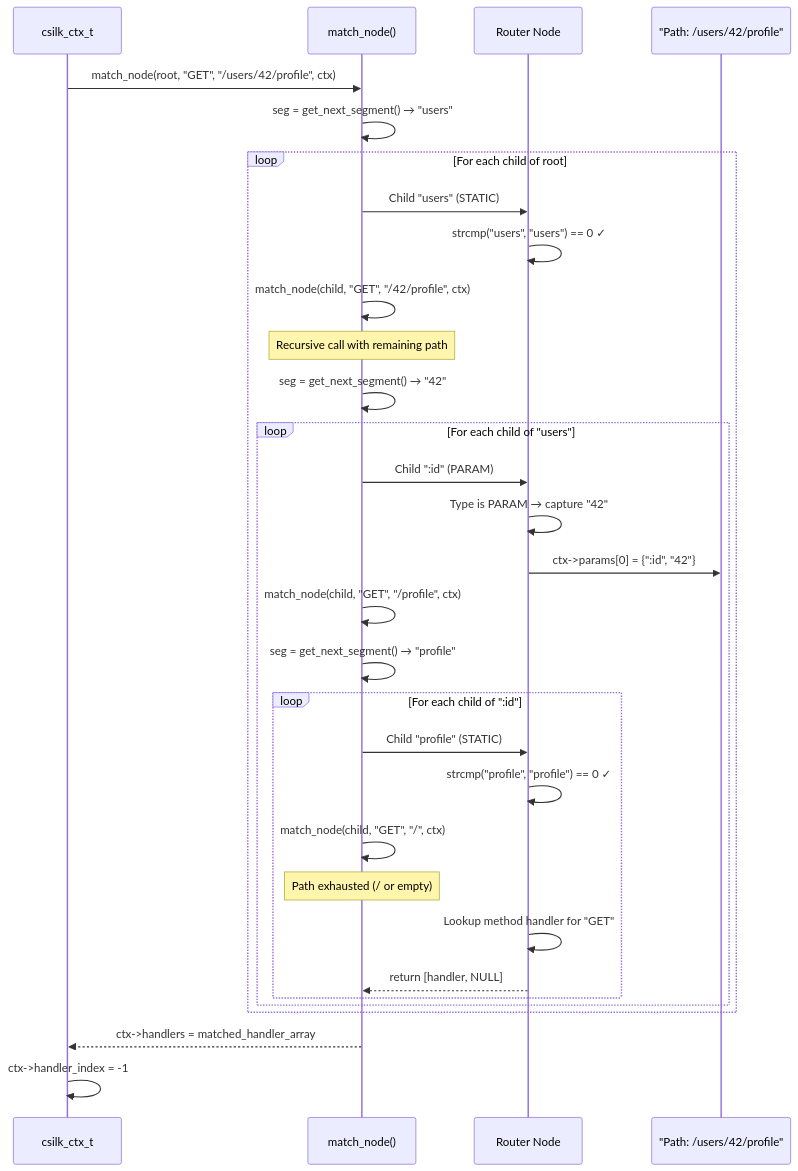
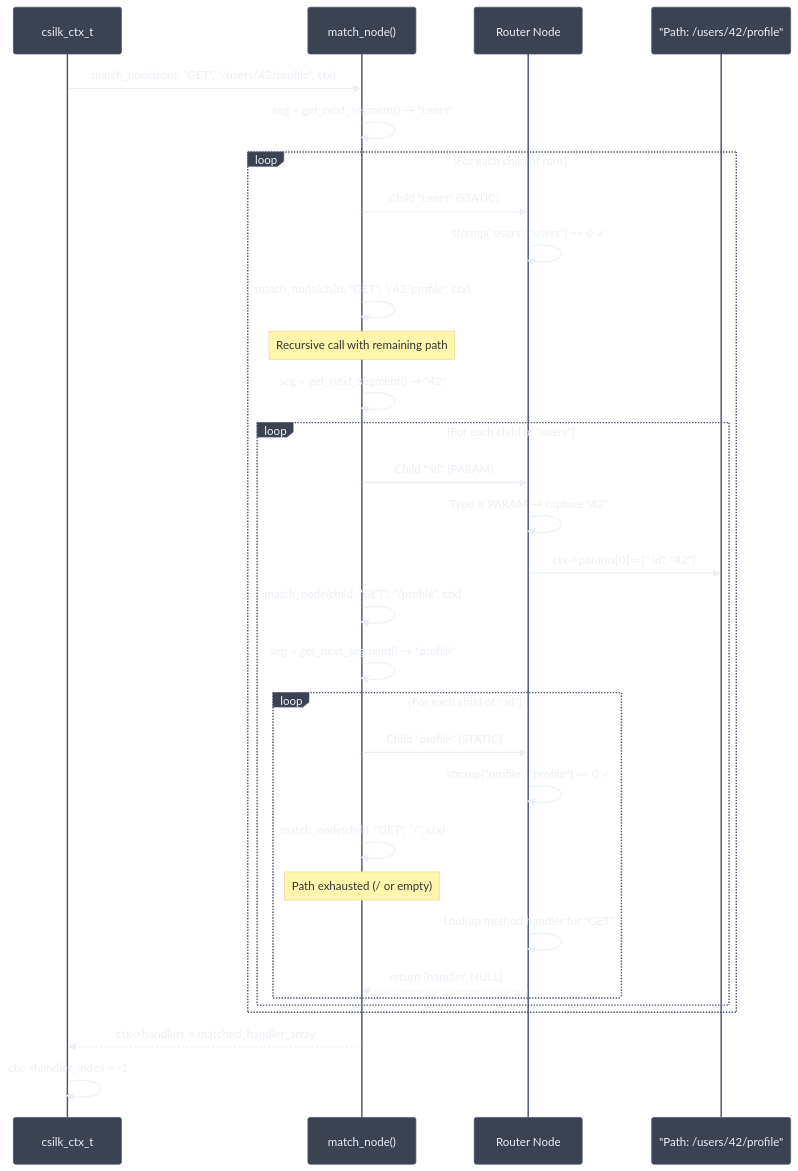
The fourth of 5 diagrams in docs/module-design/router.md (quintin-lee/csilk), drawn with Mermaid before and after one commit. The commit also changed other lines of this file and 30 other files, not shown here.

Commit message:
docs(docs): 📝 apply Nord Mermaid theme, RFC 2119 keywords, and quantified metrics to all docs

````diff
--- a/docs/module-design/router.md
+++ b/docs/module-design/router.md
@@ -86,40 +151,61 @@
 ```mermaid
+%%{init: {
+  'theme': 'base',
+  'themeVariables': {
+    'background': '#2E3440',
+    'primaryColor': '#81A1C1',
+    'primaryBorderColor': '#4C566A',
+    'primaryTextColor': '#ECEFF4',
+    'secondaryColor': '#3B4252',
+    'secondaryBorderColor': '#434C5E',
+    'secondaryTextColor': '#D8DEE9',
+    'lineColor': '#81A1C1',
+    'textColor': '#ECEFF4',
+    'mainBkg': '#3B4252',
+    'nodeBorder': '#4C566A',
+    'clusterBkg': '#2E3440',
+    'clusterBorder': '#4C566A',
+    'titleColor': '#ECEFF4',
+    'edgeLabelBackground': '#3B4252',
+    'nodeTextColor': '#ECEFF4'
+  }
+}}%%
 sequenceDiagram
     participant C as csilk_ctx_t
     participant R as match_node()
     participant N as Router Node
     participant P as "Path: /users/42/profile"
 
     C->>R: match_node(root, "GET", "/users/42/profile", ctx)
 
     R->>R: seg = get_next_segment() → "users"
 
     loop For each child of root
         R->>N: Child "users" (STATIC)
         N->>N: strcmp("users", "users") == 0 ✓
         R->>R: match_node(child, "GET", "/42/profile", ctx)
         Note over R: Recursive call with remaining path
 
         R->>R: seg = get_next_segment() → "42"
         loop For each child of "users"
             R->>N: Child ":id" (PARAM)
             N->>N: Type is PARAM → capture "42"
             N->>P: ctx->params[0] = {":id", "42"}
             R->>R: match_node(child, "GET", "/profile", ctx)
 
             R->>R: seg = get_next_segment() → "profile"
             loop For each child of ":id"
                 R->>N: Child "profile" (STATIC)
                 N->>N: strcmp("profile", "profile") == 0 ✓
                 R->>R: match_node(child, "GET", "/", ctx)
 
                 Note over R: Path exhausted (/ or empty)
                 N->>N: Lookup method handler for "GET"
                 N-->>R: return [handler, NULL]
             end
         end
     end
 
     R-->>C: ctx->handlers = matched_handler_array
     C->>C: ctx->handler_index = -1
 ```
````
